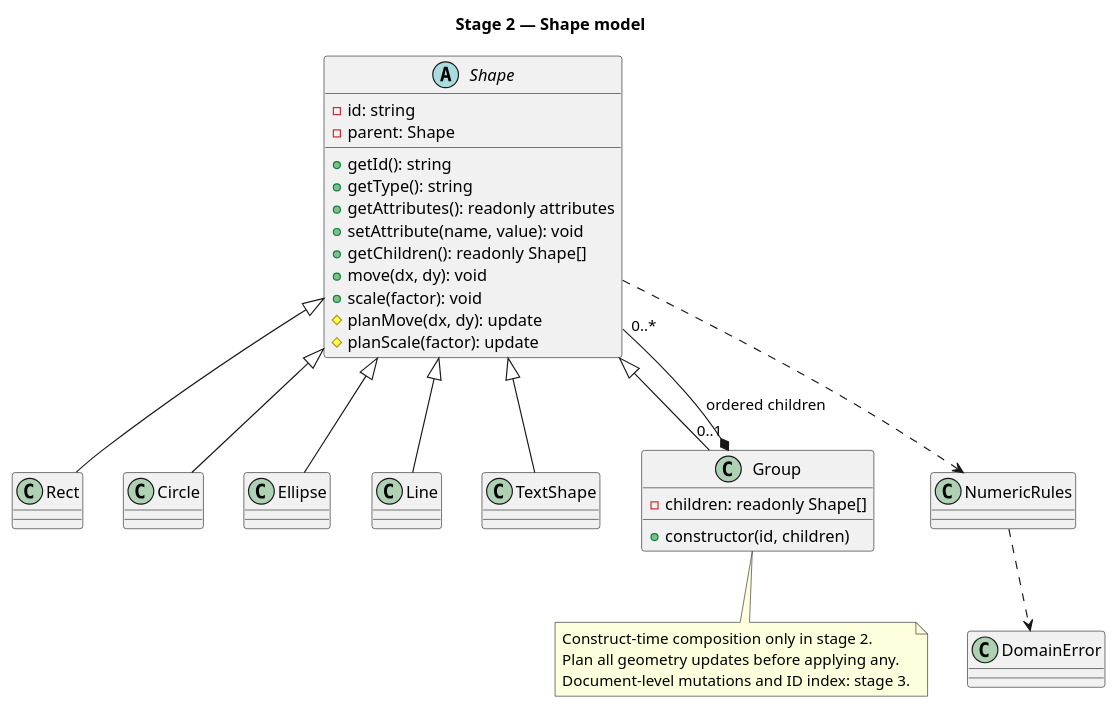
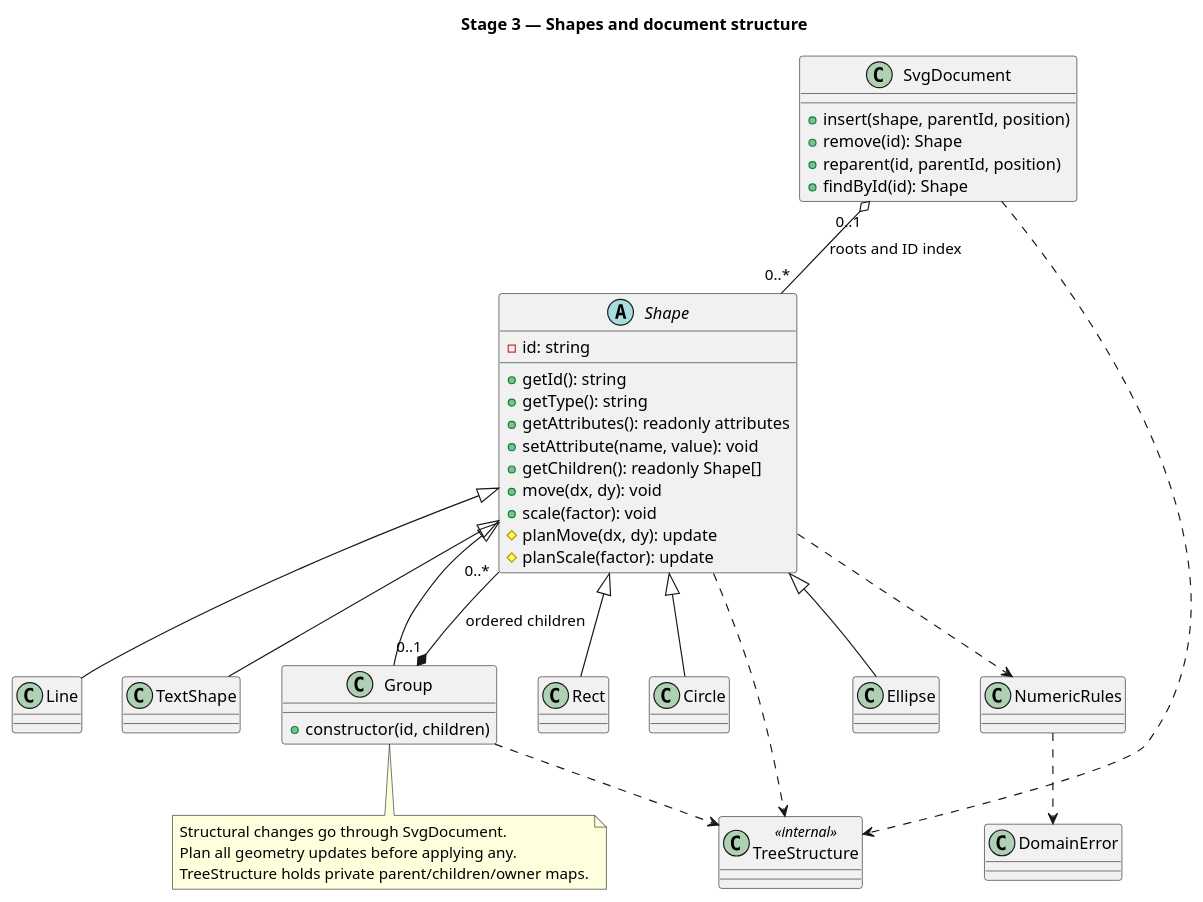
Before and after one commit to Liusizhuozhuo/svg-editor-lab1: the diagram in doc/shapes.puml, drawn with PlantUML. The commit also changed 9 other files, not shown here.

Commit message:
feat: implement document tree and identity management

```diff
--- a/doc/shapes.puml
+++ b/doc/shapes.puml
@@ -1,41 +1,50 @@
 @startuml
- title Stage 2 — Shape model
+ title Stage 3 — Shapes and document structure
  abstract class Shape {
    - id: string
-   - parent: Shape
    + getId(): string
    + getType(): string
    + getAttributes(): readonly attributes
    + setAttribute(name, value): void
    + getChildren(): readonly Shape[]
    + move(dx, dy): void
    + scale(factor): void
    # planMove(dx, dy): update
    # planScale(factor): update
  }
  class Rect
  class Circle
  class Ellipse
  class Line
  class TextShape
  class Group {
-   - children: readonly Shape[]
    + constructor(id, children)
  }
+ class SvgDocument {
+   + insert(shape, parentId, position)
+   + remove(id): Shape
+   + reparent(id, parentId, position)
+   + findById(id): Shape
+ }
+ class TreeStructure <<internal>>
+ SvgDocument ..> TreeStructure
+ Shape ..> TreeStructure
+ Group ..> TreeStructure
+ SvgDocument "0..1" o-- "0..*" Shape : roots and ID index
  class NumericRules
  class DomainError
  Shape <|-- Rect
  Shape <|-- Circle
  Shape <|-- Ellipse
  Shape <|-- Line
  Shape <|-- TextShape
  Shape <|-- Group
  Group "0..1" *-- "0..*" Shape : ordered children
  Shape ..> NumericRules
  NumericRules ..> DomainError
  note bottom of Group
-   Construct-time composition only in stage 2.
+   Structural changes go through SvgDocument.
    Plan all geometry updates before applying any.
-   Document-level mutations and ID index: stage 3.
+   TreeStructure holds private parent/children/owner maps.
  end note
 @enduml
```
